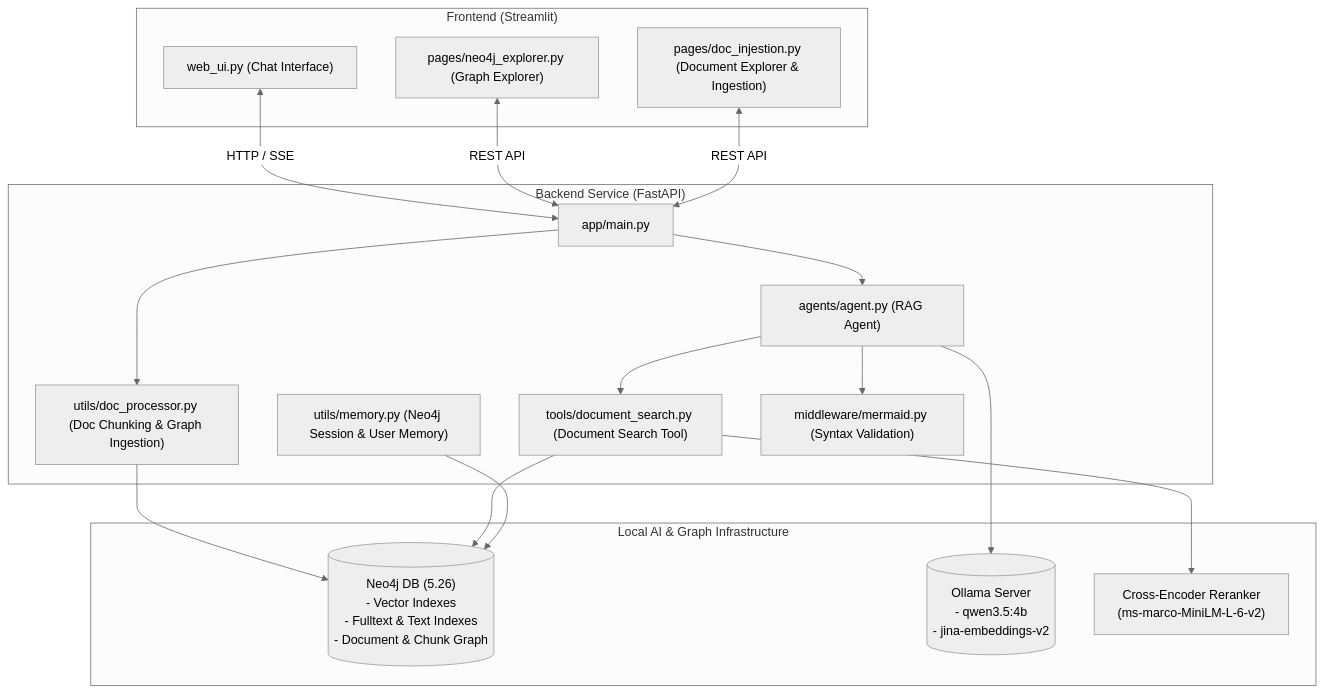
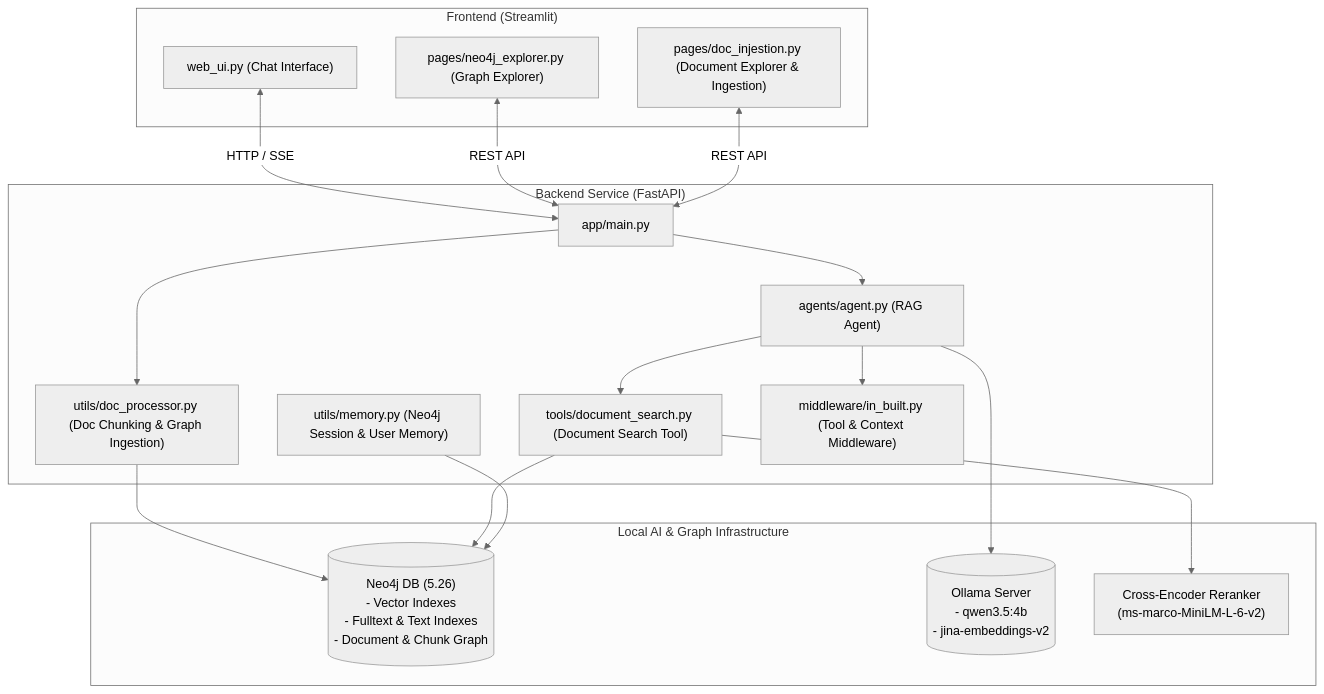
Before and after one commit to Lollimerd/Lolly-RAG: the diagram in README.md, drawn with Mermaid (neutral theme). The commit also changed other lines of this file and 17 other files, not shown here.

````diff
--- a/README.md
+++ b/README.md
@@ -9,37 +9,37 @@
 ```mermaid
 flowchart TD
     subgraph UI ["Frontend (Streamlit)"]
         WebUI["web_ui.py (Chat Interface)"]
         Explorer["pages/neo4j_explorer.py (Graph Explorer)"]
         DocIngestion["pages/doc_injestion.py (Document Explorer & Ingestion)"]
     end
 
     subgraph Backend ["Backend Service (FastAPI)"]
         API["app/main.py"]
         Agent["agents/agent.py (RAG Agent)"]
         Tools["tools/document_search.py (Document Search Tool)"]
         Memory["utils/memory.py (Neo4j Session & User Memory)"]
         DocProc["utils/doc_processor.py (Doc Chunking & Graph Ingestion)"]
-        Middleware["middleware/mermaid.py (Syntax Validation)"]
+        Middleware["middleware/in_built.py (Tool & Context Middleware)"]
     end
 
     subgraph Infrastructure ["Local AI & Graph Infrastructure"]
         Neo4j[("Neo4j DB (5.26)\n- Vector Indexes\n- Fulltext & Text Indexes\n- Document & Chunk Graph")]
         Ollama[("Ollama Server\n- qwen3.5:4b\n- jina-embeddings-v2")]
         Reranker["Cross-Encoder Reranker\n(ms-marco-MiniLM-L-6-v2)"]
     end
 
     WebUI <-->|HTTP / SSE| API
     Explorer <-->|REST API| API
     DocIngestion <-->|REST API| API
 
     API --> Agent
     API --> DocProc
     DocProc --> Neo4j
     Agent --> Tools
     Agent --> Middleware
     Tools --> Neo4j
     Tools --> Reranker
     Agent --> Ollama
     Memory --> Neo4j
 ```
````
